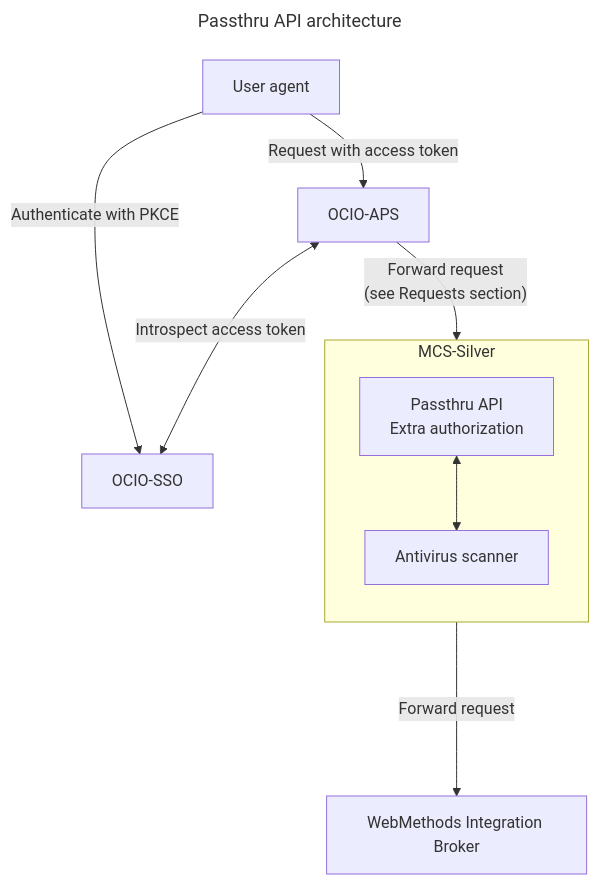
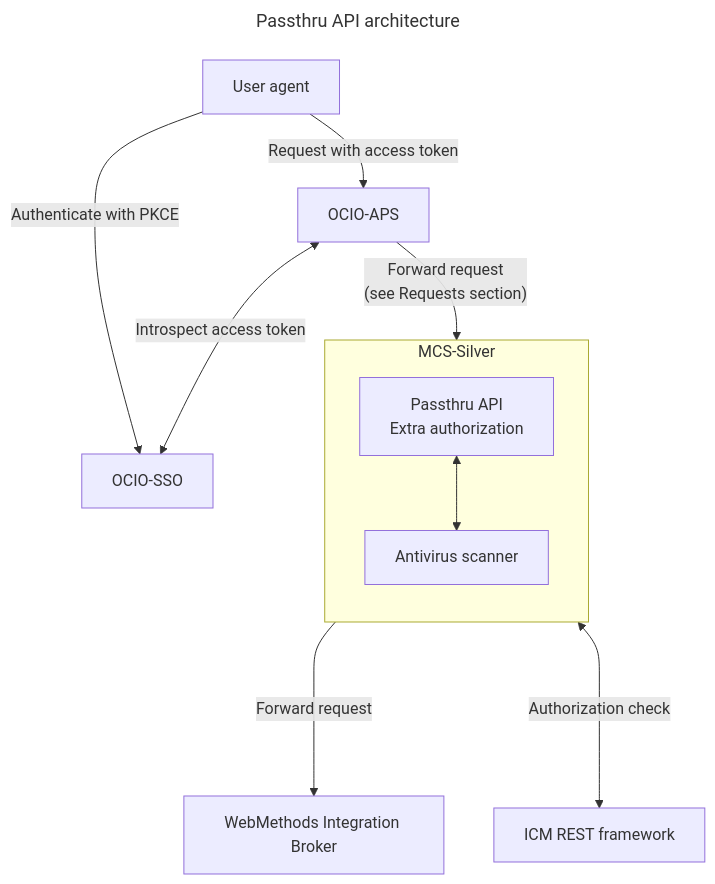
The diagram in docs/design/architecture.md (bcgov/mcfd-mobility-webmethods-passthru), drawn with Mermaid before and after one commit. The commit also changed other lines of this file, not shown here.

Commit message:
Add ICM REST framework to arch diagram

````diff
--- a/docs/design/architecture.md
+++ b/docs/design/architecture.md
@@ -1,24 +1,26 @@
 ```mermaid
 ---
 title: Passthru API architecture
 ---
 flowchart TD
   User[User agent]
   IdBroker[OCIO-SSO]
   RevProxy[OCIO-APS]
   PassApi[Passthru API<br/>Extra authorization]
   AntiVirus[Antivirus scanner]
   IntBroker[WebMethods Integration Broker]
+  Icm[ICM REST framework]
 
   User --> |Authenticate with PKCE| IdBroker
   User --> |Request with access token| RevProxy
   RevProxy <-- Introspect access token -->  IdBroker
   RevProxy -- Forward request<br/>(see Requests section) --> Container
 
   subgraph Container["MCS-Silver"]
     direction TB
     PassApi <--> AntiVirus
   end
 
   PassApi ----> |Forward request| IntBroker
+  PassApi <----> |Authorization check| Icm
 ```
````
